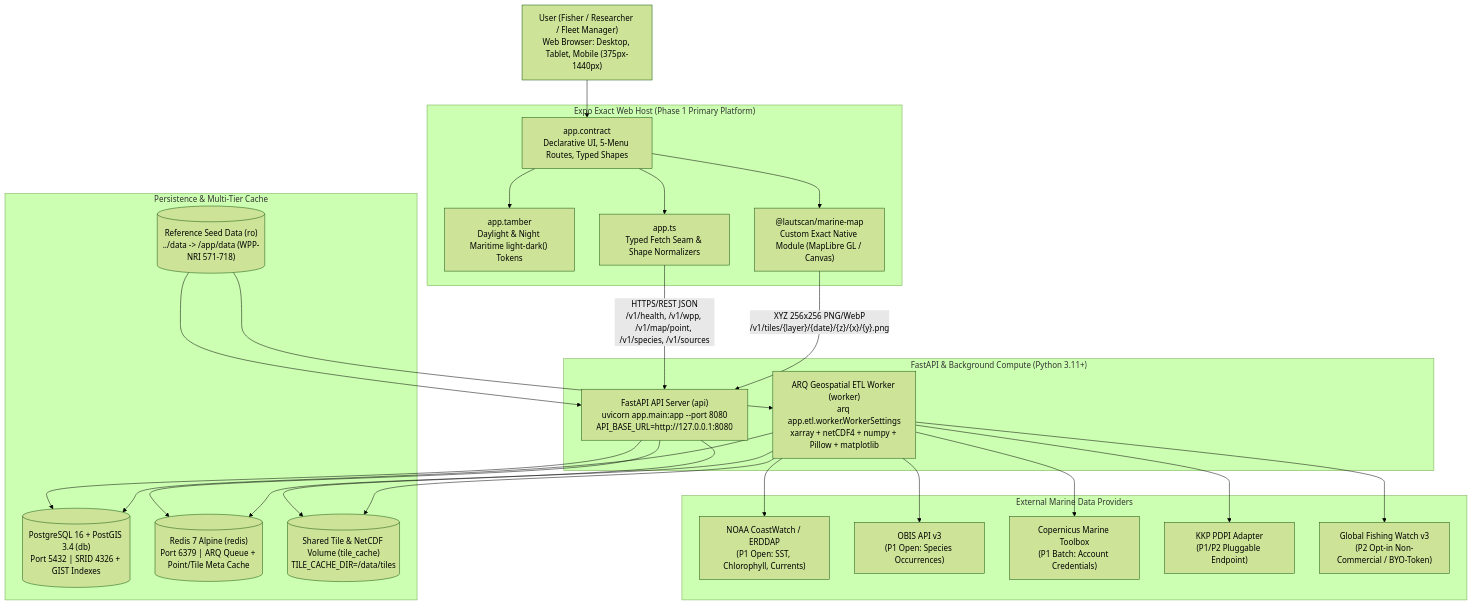
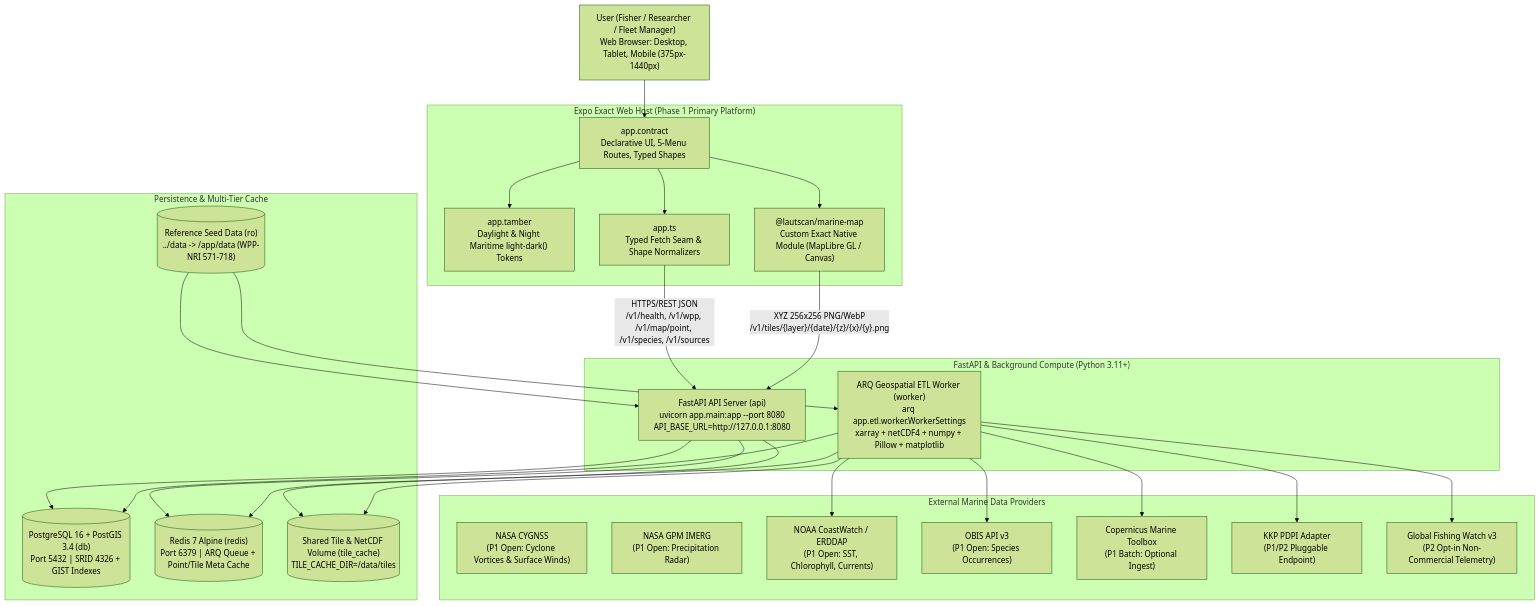
The first of 3 diagrams in docs/ARCHITECTURE.md (muhammadfahas/lautscan), drawn with Mermaid (forest theme) before and after one commit. The commit also changed other lines of this file and 5 other files, not shown here.

Commit message:
docs(security): enforce strict Zero-Credential Policy across ARCHITECTURE.md, PRD.md, openapi-contract.yaml and sanitize all config placeholders

````diff
--- a/docs/ARCHITECTURE.md
+++ b/docs/ARCHITECTURE.md
@@ -15,53 +15,55 @@
 ```mermaid
 flowchart TB
     User["User (Fisher / Researcher / Fleet Manager)<br/>Web Browser: Desktop, Tablet, Mobile (375px-1440px)"]
 
     subgraph Frontend["Expo Exact Web Host (Phase 1 Primary Platform)"]
         Contract["app.contract<br/>Declarative UI, 5-Menu Routes, Typed Shapes"]
         Tamber["app.tamber<br/>Daylight & Night Maritime light-dark() Tokens"]
         AppTS["app.ts<br/>Typed Fetch Seam & Shape Normalizers"]
         MarineMap["@lautscan/marine-map<br/>Custom Exact Native Module (MapLibre GL / Canvas)"]
     end
 
     subgraph Backend["FastAPI & Background Compute (Python 3.11+)"]
         API["FastAPI API Server (api)<br/>uvicorn app.main:app --port 8080<br/>API_BASE_URL=http://127.0.0.1:8080"]
         Worker["ARQ Geospatial ETL Worker (worker)<br/>arq app.etl.worker.WorkerSettings<br/>xarray + netCDF4 + numpy + Pillow + matplotlib"]
     end
 
     subgraph DataLayer["Persistence & Multi-Tier Cache"]
         PostGIS[("PostgreSQL 16 + PostGIS 3.4 (db)<br/>Port 5432 | SRID 4326 + GIST Indexes")]
         Redis[("Redis 7 Alpine (redis)<br/>Port 6379 | ARQ Queue + Point/Tile Meta Cache")]
         TileCache[("Shared Tile & NetCDF Volume (tile_cache)<br/>TILE_CACHE_DIR=/data/tiles")]
         SeedData[("Reference Seed Data (ro)<br/>../data -> /app/data (WPP-NRI 571-718)")]
     end
 
     subgraph External["External Marine Data Providers"]
+        NASA_CYGNSS["NASA CYGNSS<br/>(P1 Open: Cyclone Vortices & Surface Winds)"]
+        NASA_GPM["NASA GPM IMERG<br/>(P1 Open: Precipitation Radar)"]
         NOAA["NOAA CoastWatch / ERDDAP<br/>(P1 Open: SST, Chlorophyll, Currents)"]
         OBIS["OBIS API v3<br/>(P1 Open: Species Occurrences)"]
-        Copernicus["Copernicus Marine Toolbox<br/>(P1 Batch: Account Credentials)"]
+        Copernicus["Copernicus Marine Toolbox<br/>(P1 Batch: Optional Ingest)"]
         PDPI["KKP PDPI Adapter<br/>(P1/P2 Pluggable Endpoint)"]
-        GFW["Global Fishing Watch v3<br/>(P2 Opt-in Non-Commercial / BYO-Token)"]
+        GFW["Global Fishing Watch v3<br/>(P2 Opt-in Non-Commercial Telemetry)"]
     end
 
     User --> Contract
     Contract --> Tamber
     Contract --> AppTS
     Contract --> MarineMap
     AppTS -->|"HTTPS/REST JSON<br/>/v1/health, /v1/wpp, /v1/map/point, /v1/species, /v1/sources"| API
     MarineMap -->|"XYZ 256x256 PNG/WebP<br/>/v1/tiles/{layer}/{date}/{z}/{x}/{y}.png"| API
 
     API --> PostGIS
     API --> Redis
     API --> TileCache
     Worker --> PostGIS
     Worker --> Redis
     Worker --> TileCache
     SeedData --> API
     SeedData --> Worker
 
     Worker --> NOAA
     Worker --> OBIS
     Worker --> Copernicus
     Worker --> PDPI
     Worker --> GFW
 ```
````
